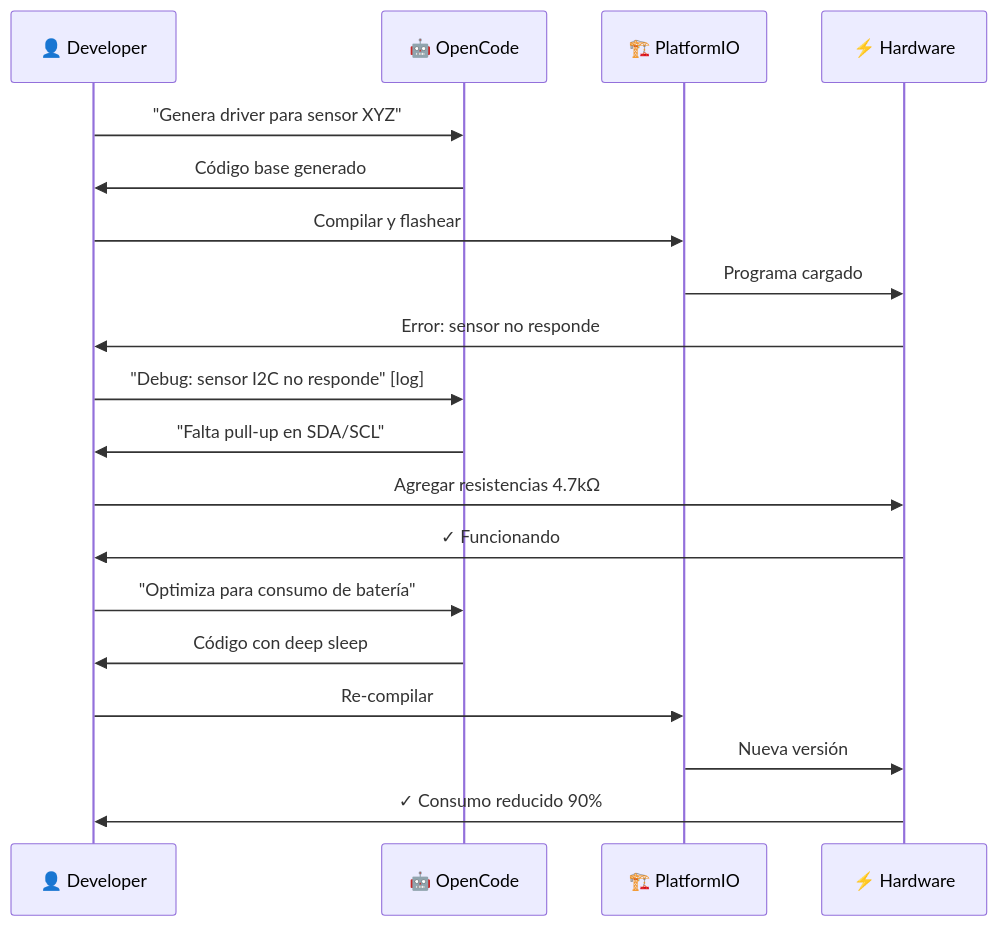
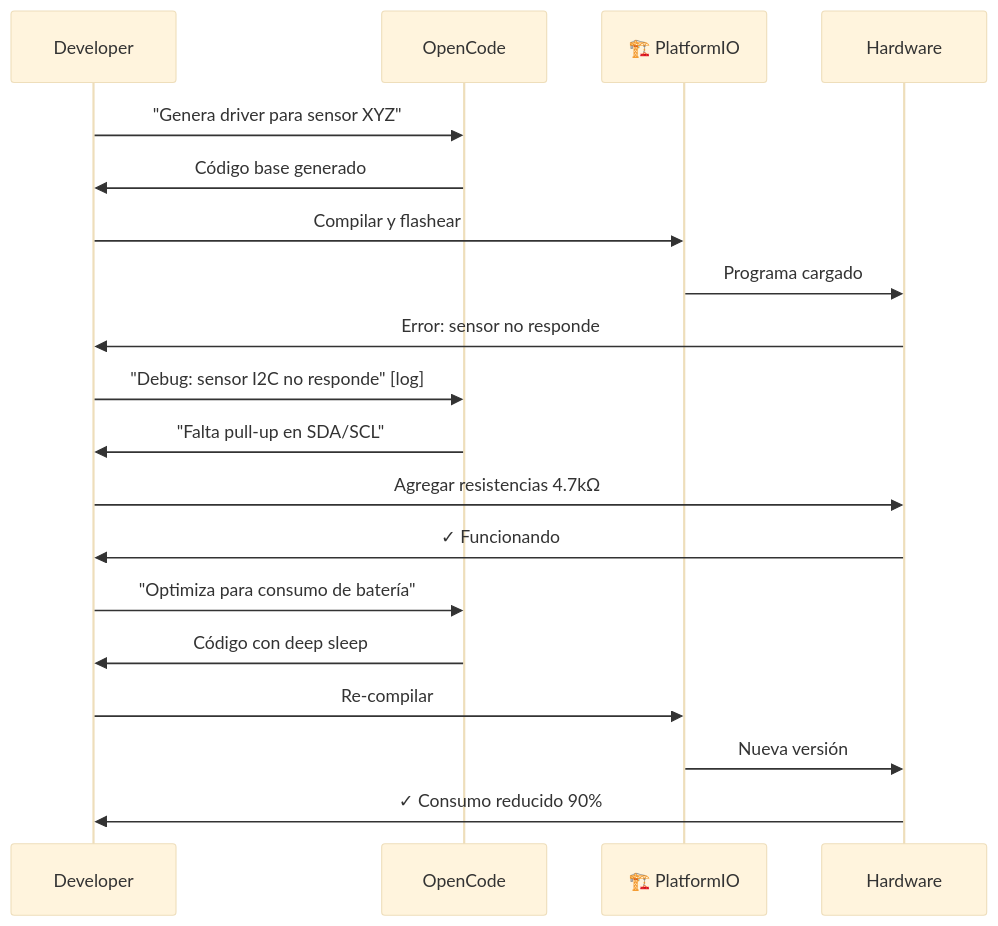
One commit to Ai-Whisperers/Courses-Content changed diagram 14 of 16 in courses/🟡-development/FPUNA-2026/02-ELECTRONICA-AUTOMATIZACION/03-desarrollo-firmware.md. Above: the diagram before and after it, drawn with Mermaid. The commit also changed other lines of this file and 47 other files, not shown here.

First line of the commit message:
fix: Make all 473 diagrams WCAG AAA accessible (FPUNA-2026)

````diff
--- a/courses/🟡-development/FPUNA-2026/02-ELECTRONICA-AUTOMATIZACION/03-desarrollo-firmware.md
+++ b/courses/🟡-development/FPUNA-2026/02-ELECTRONICA-AUTOMATIZACION/03-desarrollo-firmware.md
@@ -1354,22 +1367,23 @@
 ```mermaid
+%%{init: {'theme':'base', 'themeVariables': {'fontSize':'18px'}}}%%
 sequenceDiagram
-    participant D as 👤 Developer
-    participant O as 🤖 OpenCode
+    participant D as Developer
+    participant O as OpenCode
     participant P as 🏗️ PlatformIO
-    participant H as ⚡ Hardware
+    participant H as Hardware
     
     D->>O: "Genera driver para sensor XYZ"
     O->>D: Código base generado
     D->>P: Compilar y flashear
     P->>H: Programa cargado
     H->>D: Error: sensor no responde
     D->>O: "Debug: sensor I2C no responde" [log]
     O->>D: "Falta pull-up en SDA/SCL"
     D->>H: Agregar resistencias 4.7kΩ
     H->>D: ✓ Funcionando
     D->>O: "Optimiza para consumo de batería"
     O->>D: Código con deep sleep
     D->>P: Re-compilar
     P->>H: Nueva versión
     H->>D: ✓ Consumo reducido 90%
 ```
````
